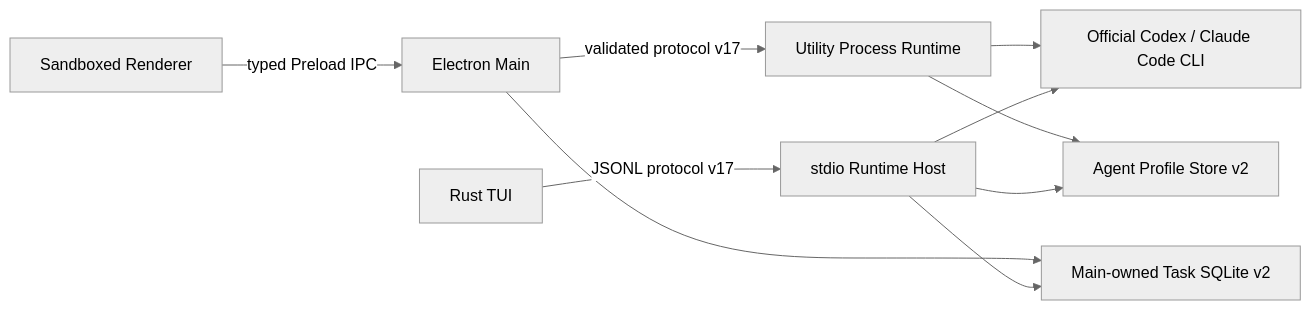
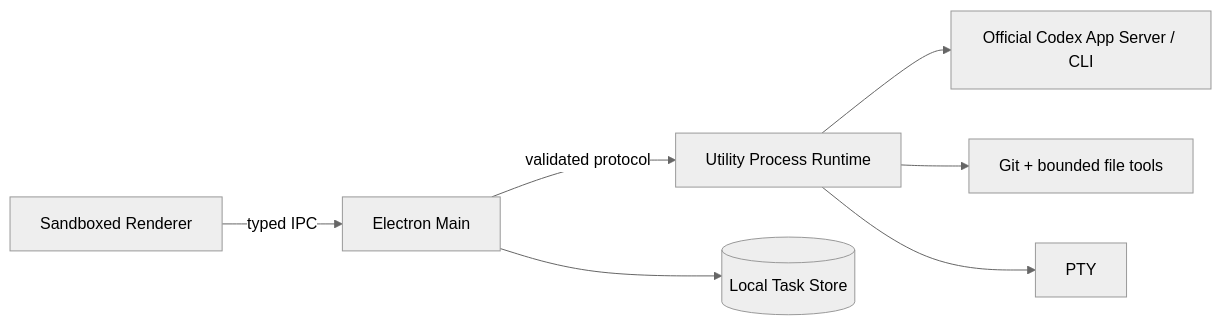
Before and after one commit to spencer17x/rux: the diagram in docs/desktop-architecture.md, drawn with Mermaid (neutral theme). The commit also changed other lines of this file and 46 other files, not shown here.

````diff
--- a/docs/desktop-architecture.md
+++ b/docs/desktop-architecture.md
@@ -10,12 +10,9 @@
 ```mermaid
 flowchart LR
-  UI["Sandboxed Renderer"] -->|"typed Preload IPC"| Main["Electron Main"]
-  Main -->|"validated protocol v17"| Runtime["Utility Process Runtime"]
-  TUI["Rust TUI"] -->|"JSONL protocol v17"| Host["stdio Runtime Host"]
-  Runtime --> CLI["Official Codex / Claude Code CLI"]
-  Host --> CLI
-  Main --> Tasks["Main-owned Task SQLite v2"]
-  Runtime --> Profiles["Agent Profile Store v2"]
-  Host --> Profiles
-  Host --> Tasks
+  Renderer[Sandboxed Renderer] -->|typed IPC| Main[Electron Main]
+  Main -->|validated protocol| Runtime[Utility Process Runtime]
+  Runtime --> Codex[Official Codex App Server / CLI]
+  Runtime --> Git[Git + bounded file tools]
+  Runtime --> PTY[PTY]
+  Main --> Store[(Local Task Store)]
 ```
````
